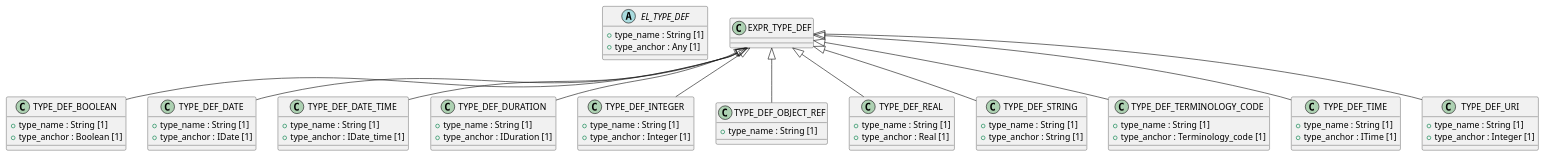
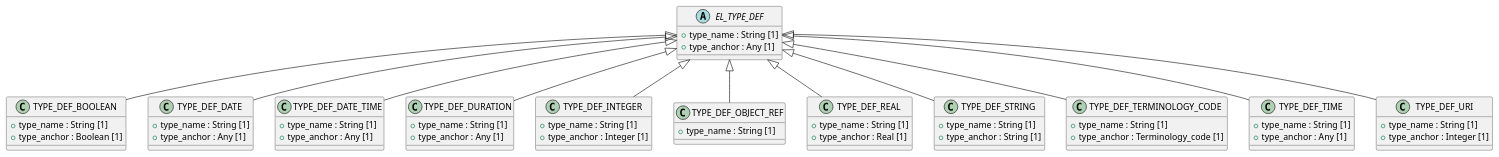
One commit to sebastian-iancu/code-generator changed the diagram in code/Adoc/openehr_lang_1.0.0/plantUML/packages/org.openehr.lang.obsolete-elom.types.adoc. Above: the diagram before and after it, drawn with PlantUML. The commit also changed 719 other files, not shown here.

```diff
--- a/code/Adoc/openehr_lang_1.0.0/plantUML/packages/org.openehr.lang.obsolete-elom.types.adoc
+++ b/code/Adoc/openehr_lang_1.0.0/plantUML/packages/org.openehr.lang.obsolete-elom.types.adoc
@@ -1,77 +1,77 @@
 [plantuml,types,format=svg,svg-type="inline"]
 -----
 @startuml
 
 abstract class EL_TYPE_DEF {
   + type_name : String [1]
   + type_anchor : Any [1]
 }
 
 class TYPE_DEF_BOOLEAN {
   + type_name : String [1]
   + type_anchor : Boolean [1]
 }
 
 class TYPE_DEF_DATE {
   + type_name : String [1]
-  + type_anchor : IDate [1]
+  + type_anchor : Any [1]
 }
 
 class TYPE_DEF_DATE_TIME {
   + type_name : String [1]
-  + type_anchor : IDate_time [1]
+  + type_anchor : Any [1]
 }
 
 class TYPE_DEF_DURATION {
   + type_name : String [1]
-  + type_anchor : IDuration [1]
+  + type_anchor : Any [1]
 }
 
 class TYPE_DEF_INTEGER {
   + type_name : String [1]
   + type_anchor : Integer [1]
 }
 
 class TYPE_DEF_OBJECT_REF {
   + type_name : String [1]
 }
 
 class TYPE_DEF_REAL {
   + type_name : String [1]
   + type_anchor : Real [1]
 }
 
 class TYPE_DEF_STRING {
   + type_name : String [1]
   + type_anchor : String [1]
 }
 
 class TYPE_DEF_TERMINOLOGY_CODE {
   + type_name : String [1]
   + type_anchor : Terminology_code [1]
 }
 
 class TYPE_DEF_TIME {
   + type_name : String [1]
-  + type_anchor : ITime [1]
+  + type_anchor : Any [1]
 }
 
 class TYPE_DEF_URI {
   + type_name : String [1]
   + type_anchor : Integer [1]
 }
 
-EXPR_TYPE_DEF <|-- TYPE_DEF_BOOLEAN
-EXPR_TYPE_DEF <|-- TYPE_DEF_DATE
-EXPR_TYPE_DEF <|-- TYPE_DEF_DATE_TIME
-EXPR_TYPE_DEF <|-- TYPE_DEF_DURATION
-EXPR_TYPE_DEF <|-- TYPE_DEF_INTEGER
-EXPR_TYPE_DEF <|-- TYPE_DEF_OBJECT_REF
-EXPR_TYPE_DEF <|-- TYPE_DEF_REAL
-EXPR_TYPE_DEF <|-- TYPE_DEF_STRING
-EXPR_TYPE_DEF <|-- TYPE_DEF_TERMINOLOGY_CODE
-EXPR_TYPE_DEF <|-- TYPE_DEF_TIME
-EXPR_TYPE_DEF <|-- TYPE_DEF_URI
+EL_TYPE_DEF <|-- TYPE_DEF_BOOLEAN
+EL_TYPE_DEF <|-- TYPE_DEF_DATE
+EL_TYPE_DEF <|-- TYPE_DEF_DATE_TIME
+EL_TYPE_DEF <|-- TYPE_DEF_DURATION
+EL_TYPE_DEF <|-- TYPE_DEF_INTEGER
+EL_TYPE_DEF <|-- TYPE_DEF_OBJECT_REF
+EL_TYPE_DEF <|-- TYPE_DEF_REAL
+EL_TYPE_DEF <|-- TYPE_DEF_STRING
+EL_TYPE_DEF <|-- TYPE_DEF_TERMINOLOGY_CODE
+EL_TYPE_DEF <|-- TYPE_DEF_TIME
+EL_TYPE_DEF <|-- TYPE_DEF_URI
 
 @enduml
 -----
```
